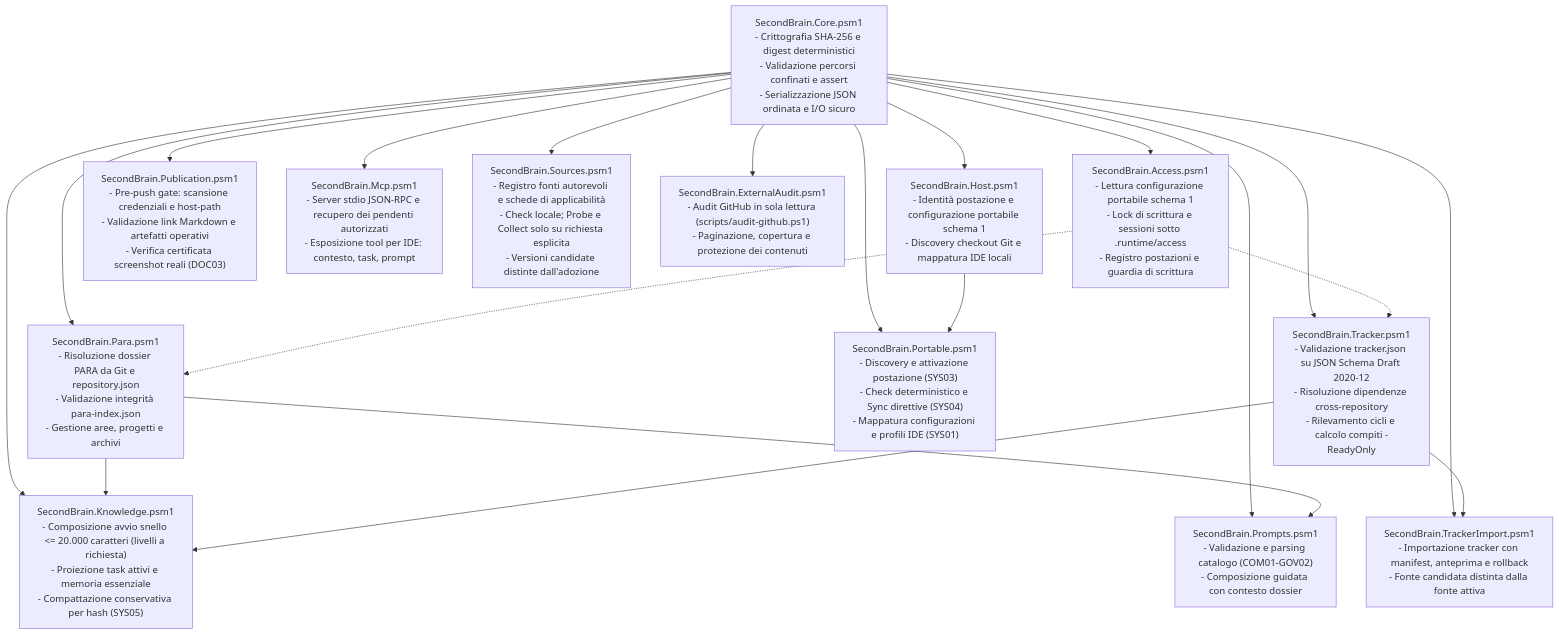
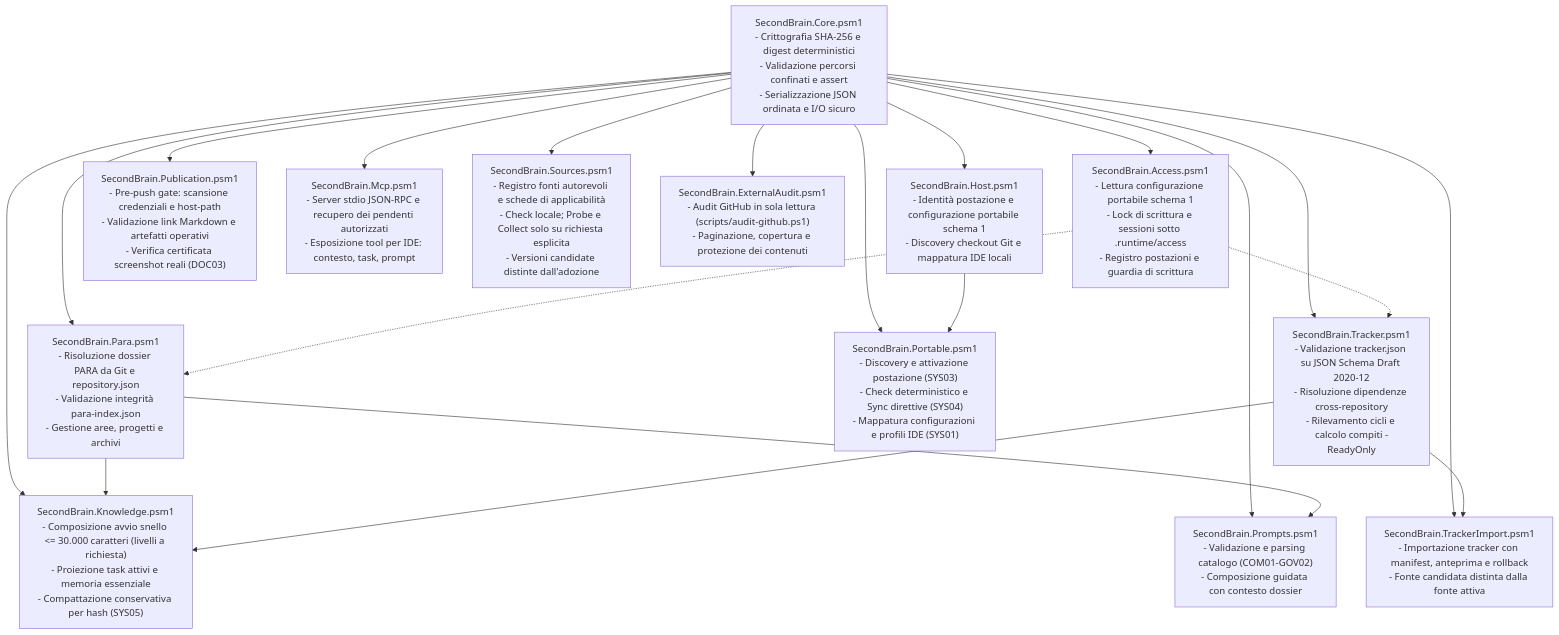
One commit to dennidalpos/secondbrain changed the second of 7 diagrams in docs/riferimento/architecture.md. Above: the diagram before and after it, drawn with Mermaid. The commit also changed other lines of this file and 55 other files, not shown here.

````diff
--- a/docs/riferimento/architecture.md
+++ b/docs/riferimento/architecture.md
@@ -43,49 +43,49 @@
 ```mermaid
 flowchart TB
     CORE["SecondBrain.Core.psm1<br/>- Crittografia SHA-256 e digest deterministici<br/>- Validazione percorsi confinati e assert<br/>- Serializzazione JSON ordinata e I/O sicuro"]
 
     ACCESS["SecondBrain.Access.psm1<br/>- Lettura configurazione portabile schema 1<br/>- Lock di scrittura e sessioni sotto .runtime/access<br/>- Registro postazioni e guardia di scrittura"]
 
     HOST["SecondBrain.Host.psm1<br/>- Identità postazione e configurazione portabile schema 1<br/>- Discovery checkout Git e mappatura IDE locali"]
 
     PARA["SecondBrain.Para.psm1<br/>- Risoluzione dossier PARA da Git e repository.json<br/>- Validazione integrità para-index.json<br/>- Gestione aree, progetti e archivi"]
 
     TRACKER["SecondBrain.Tracker.psm1<br/>- Validazione tracker.json su JSON Schema Draft 2020-12<br/>- Risoluzione dipendenze cross-repository<br/>- Rilevamento cicli e calcolo compiti -ReadyOnly"]
 
-    KNOWLEDGE["SecondBrain.Knowledge.psm1<br/>- Composizione avvio snello <= 20.000 caratteri (livelli a richiesta)<br/>- Proiezione task attivi e memoria essenziale<br/>- Compattazione conservativa per hash (SYS05)"]
+    KNOWLEDGE["SecondBrain.Knowledge.psm1<br/>- Composizione avvio snello <= 30.000 caratteri (livelli a richiesta)<br/>- Proiezione task attivi e memoria essenziale<br/>- Compattazione conservativa per hash (SYS05)"]
 
     PORTABLE["SecondBrain.Portable.psm1<br/>- Discovery e attivazione postazione (SYS03)<br/>- Check deterministico e Sync direttive (SYS04)<br/>- Mappatura configurazioni e profili IDE (SYS01)"]
 
     PROMPTS["SecondBrain.Prompts.psm1<br/>- Validazione e parsing catalogo (COM01-GOV02)<br/>- Composizione guidata con contesto dossier"]
 
     PUBLICATION["SecondBrain.Publication.psm1<br/>- Pre-push gate: scansione credenziali e host-path<br/>- Validazione link Markdown e artefatti operativi<br/>- Verifica certificata screenshot reali (DOC03)"]
 
     MCP["SecondBrain.Mcp.psm1<br/>- Server stdio JSON-RPC e recupero dei pendenti autorizzati<br/>- Esposizione tool per IDE: contesto, task, prompt"]
 
     SOURCES["SecondBrain.Sources.psm1<br/>- Registro fonti autorevoli e schede di applicabilità<br/>- Check locale; Probe e Collect solo su richiesta esplicita<br/>- Versioni candidate distinte dall'adozione"]
 
     EXTAUDIT["SecondBrain.ExternalAudit.psm1<br/>- Audit GitHub in sola lettura (scripts/audit-github.ps1)<br/>- Paginazione, copertura e protezione dei contenuti"]
 
     TRACKERIMP["SecondBrain.TrackerImport.psm1<br/>- Importazione tracker con manifest, anteprima e rollback<br/>- Fonte candidata distinta dalla fonte attiva"]
 
     CORE --> ACCESS
     CORE --> HOST
     CORE --> PARA
     CORE --> TRACKER
     CORE --> KNOWLEDGE
     CORE --> PORTABLE
     CORE --> PROMPTS
     CORE --> PUBLICATION
     CORE --> MCP
     CORE --> SOURCES
     CORE --> EXTAUDIT
     CORE --> TRACKERIMP
 
     ACCESS -.-> PARA
     ACCESS -.-> TRACKER
     PARA --> KNOWLEDGE
     TRACKER --> KNOWLEDGE
     TRACKER --> TRACKERIMP
     HOST --> PORTABLE
     PARA --> PROMPTS
 ```
````
